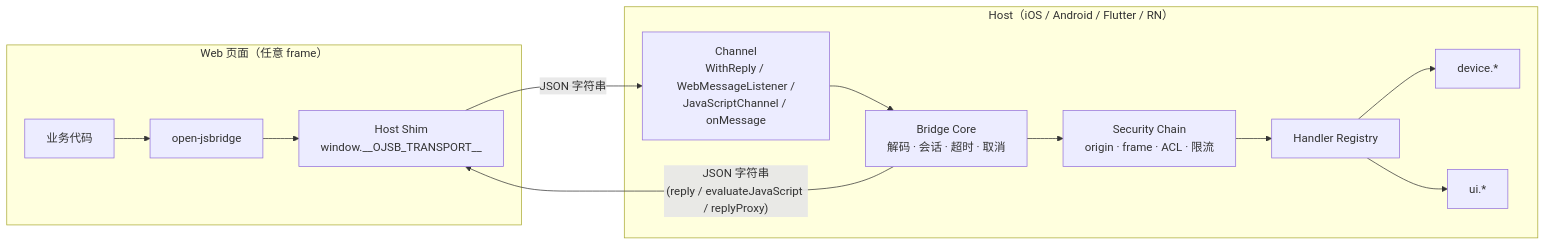
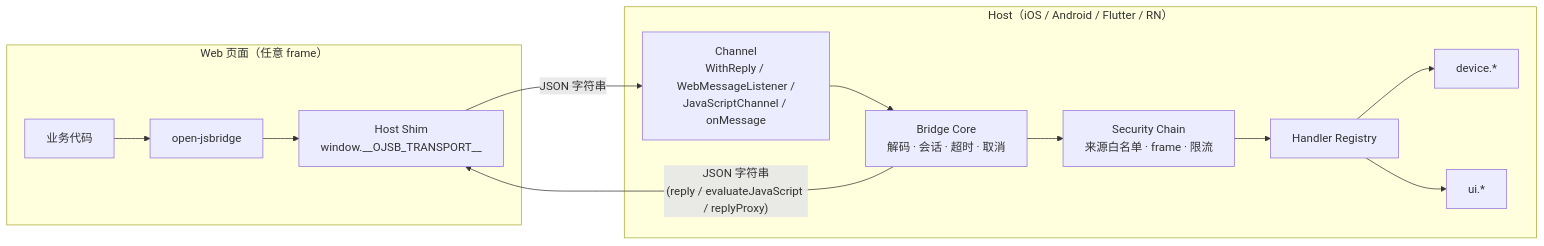
The first of 6 diagrams in docs/protocol.md (Josp3r/open-jsbridge), drawn with Mermaid before and after one commit. The commit also changed other lines of this file and 62 other files, not shown here.

````diff
--- a/docs/protocol.md
+++ b/docs/protocol.md
@@ -8,16 +8,16 @@
 ```mermaid
 flowchart LR
   subgraph Web["Web 页面（任意 frame）"]
     APP[业务代码] --> SDK["open-jsbridge"]
     SDK --> SHIM["Host Shim<br/>window.__OJSB_TRANSPORT__"]
   end
   subgraph Host["Host（iOS / Android / Flutter / RN）"]
     CH[Channel<br/>WithReply / WebMessageListener /<br/>JavaScriptChannel / onMessage] --> CORE[Bridge Core<br/>解码 · 会话 · 超时 · 取消]
-    CORE --> SEC[Security Chain<br/>origin · frame · ACL · 限流]
+    CORE --> SEC[Security Chain<br/>来源白名单 · frame · 限流]
     SEC --> REG[Handler Registry]
     REG --> H1["device.*"]
     REG --> H2["ui.*"]
   end
   SHIM -- "JSON 字符串" --> CH
   CORE -- "JSON 字符串<br/>(reply / evaluateJavaScript / replyProxy)" --> SHIM
 ```
````
